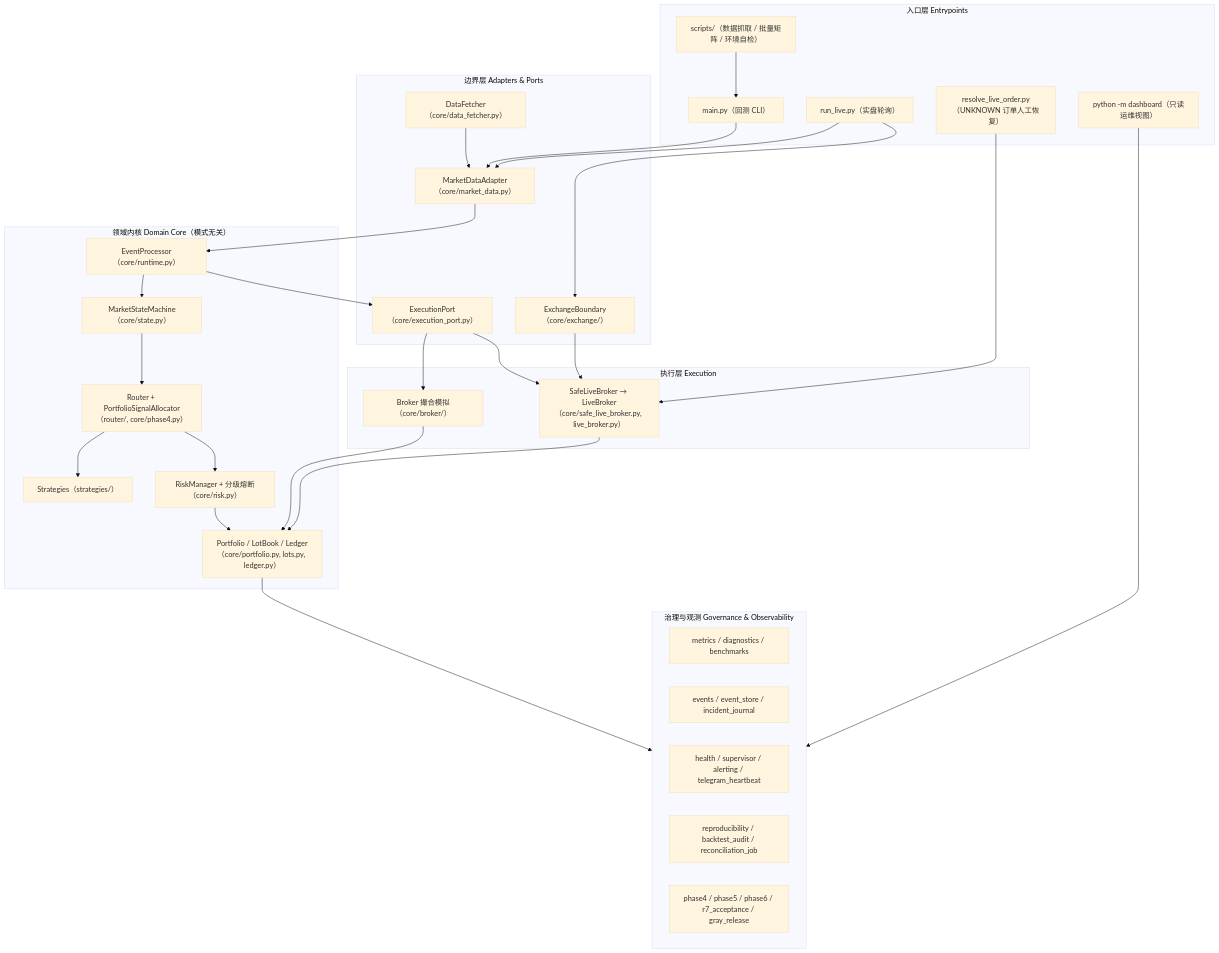
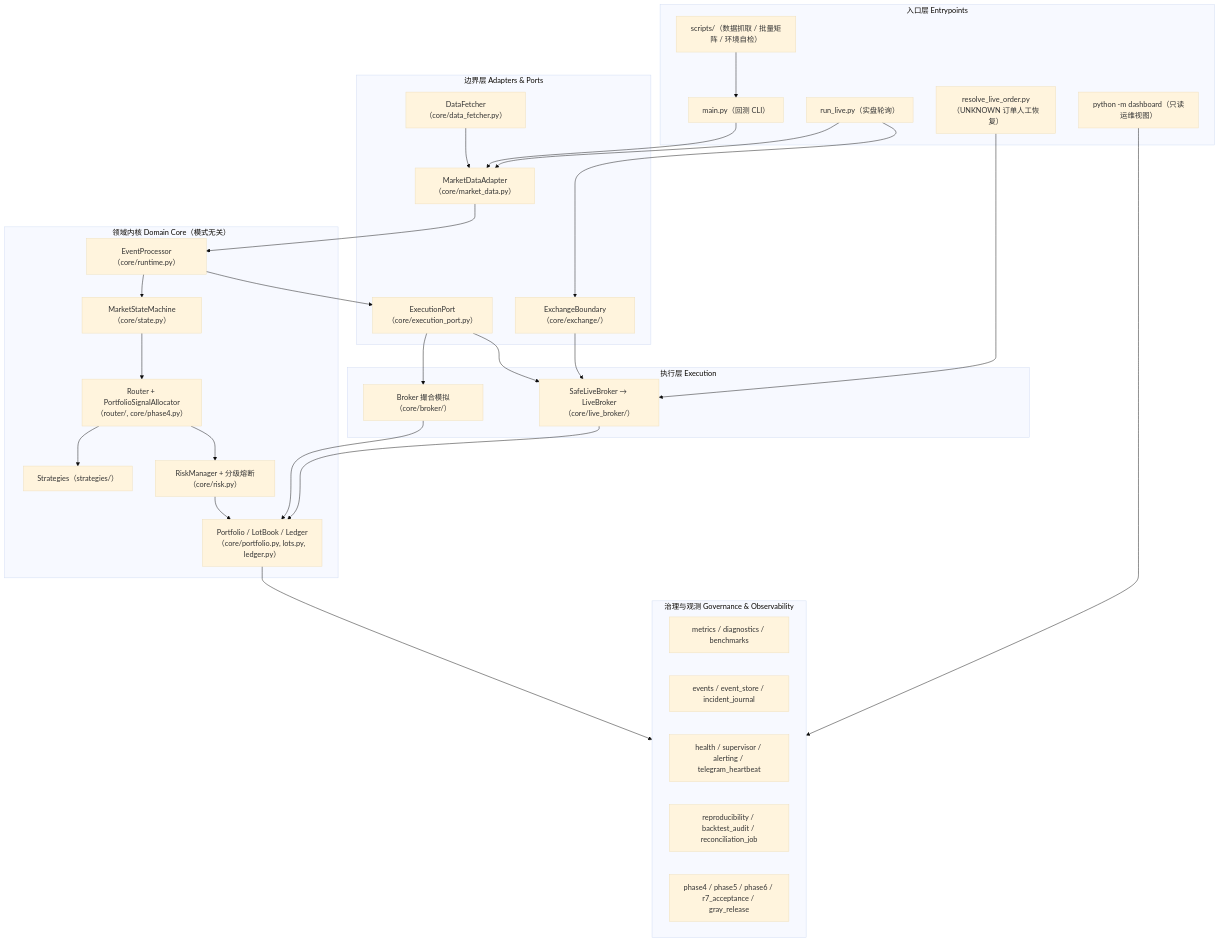
The first of 5 diagrams in README.md (user-nmmmmm/QuantTradingV2), drawn with Mermaid (base theme) before and after one commit. The commit also changed other lines of this file and 11 other files, not shown here.

First line of the commit message:
Group the live broker into a core/live_broker package

````diff
--- a/README.md
+++ b/README.md
@@ -64,57 +64,57 @@
 ```mermaid
 flowchart TB
     subgraph ENTRY["入口层 Entrypoints"]
         M["main.py（回测 CLI）"]
         RL["run_live.py（实盘轮询）"]
         RS["resolve_live_order.py（UNKNOWN 订单人工恢复）"]
         DB["python -m dashboard（只读运维视图）"]
         SC["scripts/（数据抓取 / 批量矩阵 / 环境自检）"]
     end
 
     subgraph BOUND["边界层 Adapters & Ports"]
         MDA["MarketDataAdapter（core/market_data.py）"]
         EXP["ExecutionPort（core/execution_port.py）"]
         EB["ExchangeBoundary（core/exchange/）"]
         DF["DataFetcher（core/data_fetcher.py）"]
     end
 
     subgraph KERNEL["领域内核 Domain Core（模式无关）"]
         EP["EventProcessor（core/runtime.py）"]
         SM["MarketStateMachine（core/state.py）"]
         RT["Router + PortfolioSignalAllocator（router/, core/phase4.py）"]
         ST["Strategies（strategies/）"]
         RK["RiskManager + 分级熔断（core/risk.py）"]
         PF["Portfolio / LotBook / Ledger（core/portfolio.py, lots.py, ledger.py）"]
     end
 
     subgraph EXEC["执行层 Execution"]
         BK["Broker 撮合模拟（core/broker/）"]
-        LB["SafeLiveBroker → LiveBroker（core/safe_live_broker.py, live_broker.py）"]
+        LB["SafeLiveBroker → LiveBroker（core/live_broker/）"]
     end
 
     subgraph OBS["治理与观测 Governance & Observability"]
         MT["metrics / diagnostics / benchmarks"]
         EV["events / event_store / incident_journal"]
         HS["health / supervisor / alerting / telegram_heartbeat"]
         RP["reproducibility / backtest_audit / reconciliation_job"]
         PH["phase4 / phase5 / phase6 / r7_acceptance / gray_release"]
     end
 
     SC --> M
     M --> MDA
     RL --> MDA
     RL --> EB
     DF --> MDA
     MDA --> EP
     EP --> SM --> RT --> ST
     RT --> RK --> PF
     EP --> EXP
     EXP --> BK
     EXP --> LB
     EB --> LB
     BK --> PF
     LB --> PF
     PF --> OBS
     RS --> LB
     DB --> OBS
 ```
````
